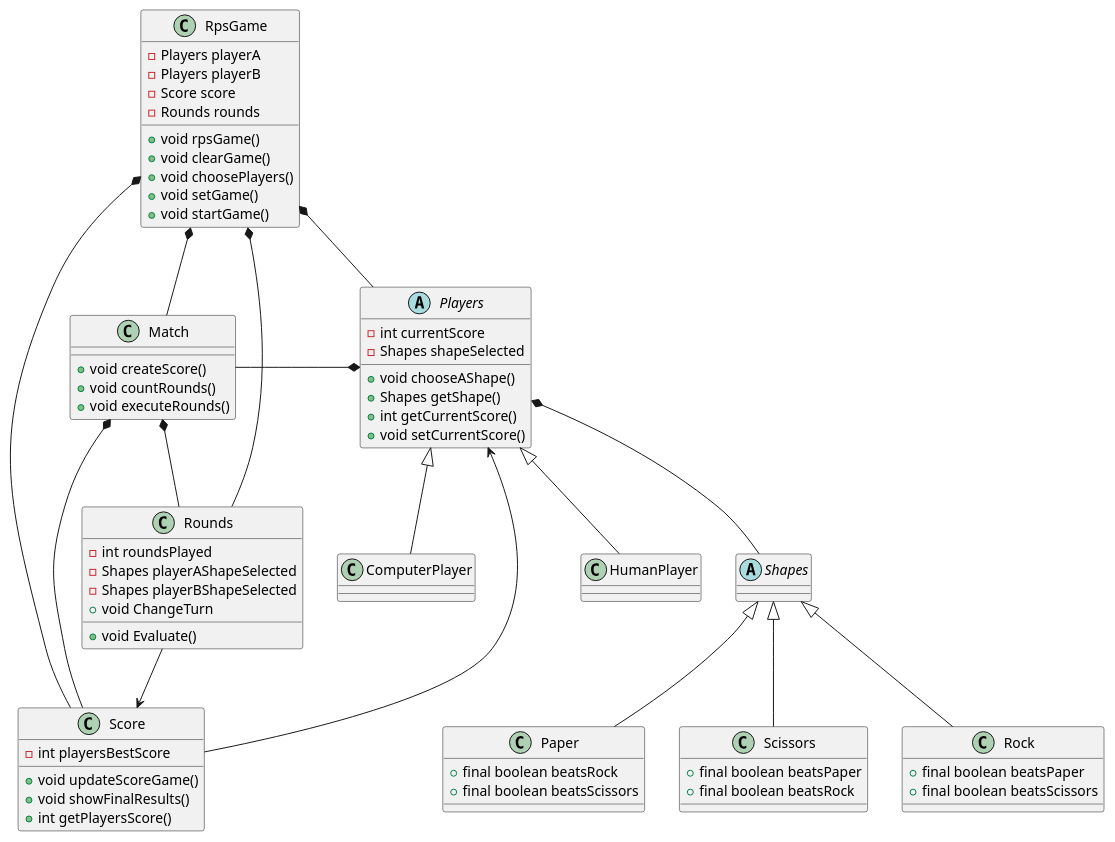
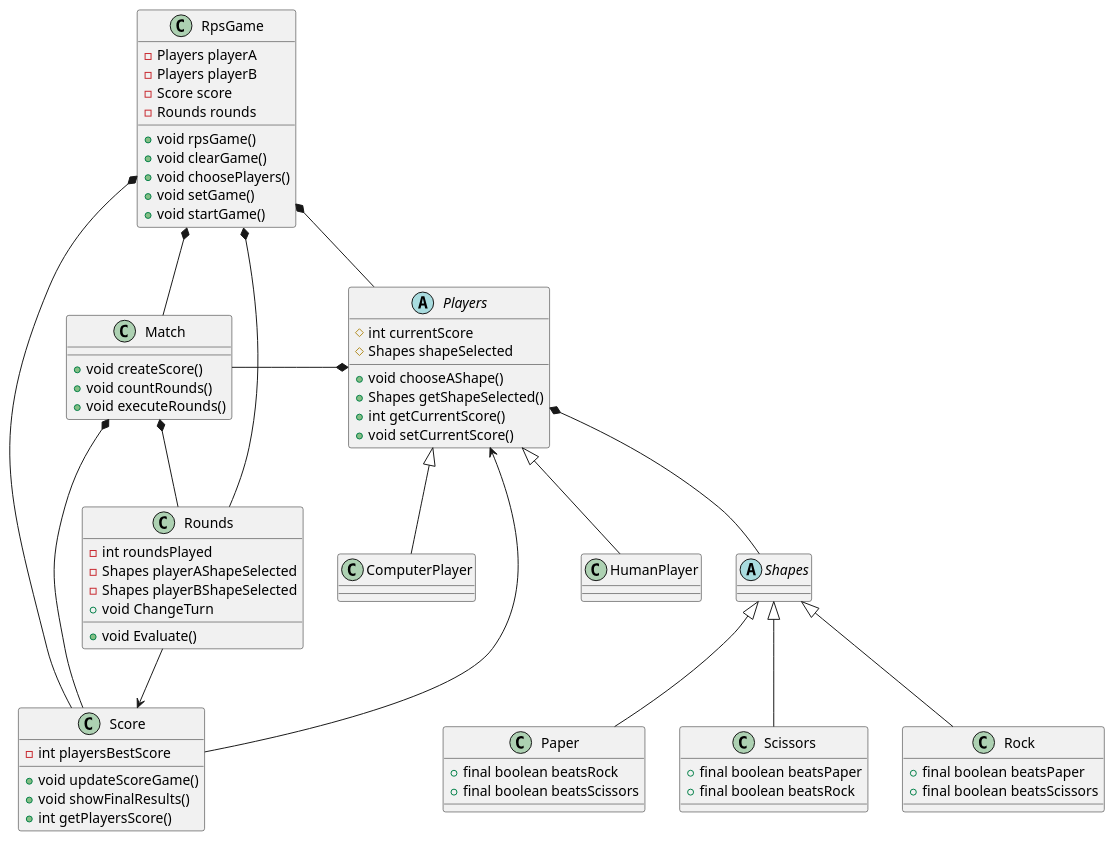
The diagram in doc/classes-diagram.wsd (daniel-Lopez-telus/RockPaperScissors), drawn with PlantUML before and after one commit. The commit also changed 9 other files, not shown here.

```diff
--- a/doc/classes-diagram.wsd
+++ b/doc/classes-diagram.wsd
@@ -1,83 +1,83 @@
 @startuml ClassDiagram
 
 abstract class Players{
-    - int currentScore
-    - Shapes shapeSelected
+    # int currentScore
+    # Shapes shapeSelected
 
     + void chooseAShape()
-    + Shapes getShape()
+    + Shapes getShapeSelected()
     + int getCurrentScore()
     + void setCurrentScore()
 }
 class HumanPlayer{}
 class ComputerPlayer{}
 class Score{
     - int playersBestScore
 
     + void updateScoreGame()
     + void showFinalResults()
     + int getPlayersScore()
 
 }
 class Rounds{
     - int roundsPlayed
     - Shapes playerAShapeSelected
     - Shapes playerBShapeSelected
     + void Evaluate()
     + void ChangeTurn
 }
 
 class Match{
     + void createScore()
     + void countRounds()
     + void executeRounds()
 }
 
 abstract class Shapes{}
 
 class Rock{
     + final boolean beatsPaper
     + final boolean beatsScissors
 }
 class Paper{
     + final boolean beatsRock
     + final boolean beatsScissors
 }
 class Scissors{
     + final boolean beatsPaper
     + final boolean beatsRock
 }
 
 class RpsGame{            
     - Players playerA
     - Players playerB
     - Score score
     - Rounds rounds 
 
     + void rpsGame()
     + void clearGame()
     + void choosePlayers()
     + void setGame()
     + void startGame()
 }
 
 RpsGame *-- Players
 RpsGame *-- Score
 RpsGame *-- Rounds
 RpsGame *-- Match
 
 Shapes <|-- Rock
 Shapes <|-- Paper
 Shapes <|-- Scissors
 
 Players *-- Shapes
 Players *-left- Match
 Players <|-- HumanPlayer
 Players <|-- ComputerPlayer
 
 Score -left-> Players
 Rounds --> Score
 Match *-- Rounds
 Match *-- Score
 
 @enduml
```
